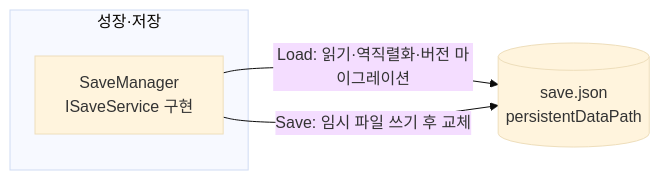
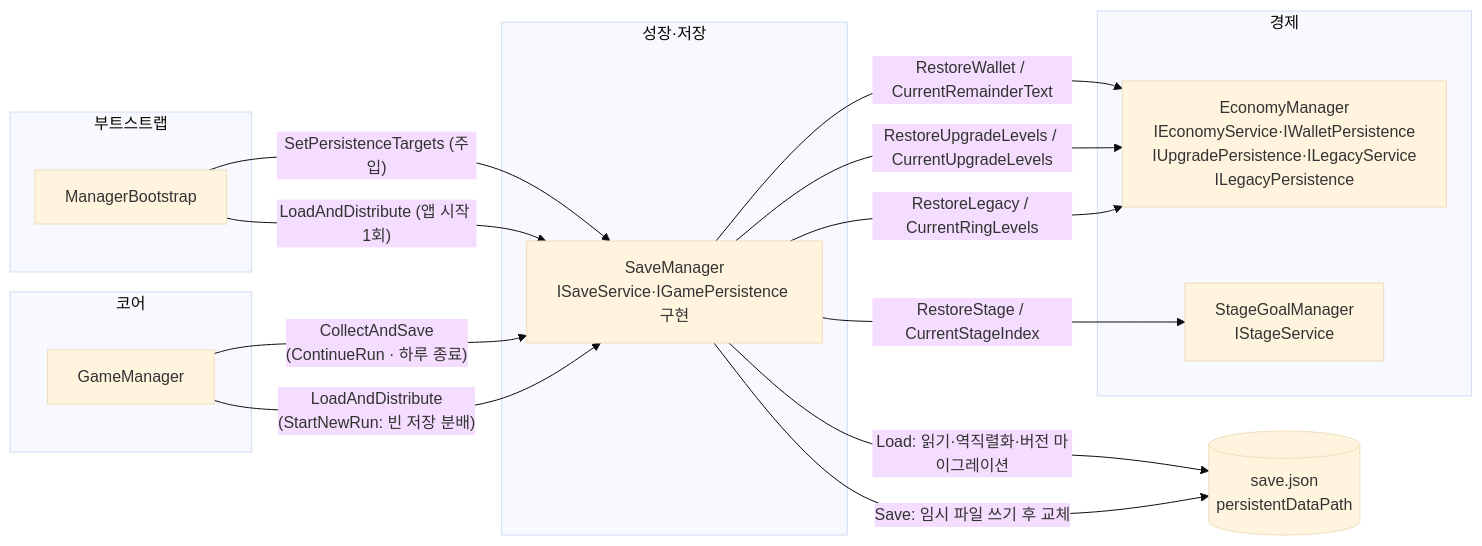
The diagram in docs/TECH_NOTES/save-load.md (KDNA-Gwangju-1/NCAIClicker), drawn with Mermaid (base theme) before and after one commit. The commit also changed other lines of this file and 7 other files, not shown here.

````diff
--- a/docs/TECH_NOTES/save-load.md
+++ b/docs/TECH_NOTES/save-load.md
@@ -26,11 +43,34 @@
 ```mermaid
 flowchart LR
-  subgraph Save["성장·저장"]
-    mgr["SaveManager<br/>ISaveService 구현"]
+  subgraph Boot["부트스트랩"]
+    boot["ManagerBootstrap"]
+  end
+
+  subgraph Core["코어"]
+    gm["GameManager"]
+  end
+
+  subgraph SaveMod["성장·저장"]
+    mgr["SaveManager<br/>ISaveService·IGamePersistence 구현"]
+  end
+
+  subgraph Economy["경제"]
+    econ["EconomyManager<br/>IEconomyService·IWalletPersistence<br/>IUpgradePersistence·ILegacyService<br/>ILegacyPersistence"]
+    stage["StageGoalManager<br/>IStageService"]
   end
 
   disk[("save.json<br/>persistentDataPath")]
 
+  boot -- "SetPersistenceTargets (주입)" --> mgr
+  boot -- "LoadAndDistribute (앱 시작 1회)" --> mgr
+  gm -- "CollectAndSave<br/>(ContinueRun · 하루 종료)" --> mgr
+  gm -- "LoadAndDistribute<br/>(StartNewRun: 빈 저장 분배)" --> mgr
+
   mgr -- "Load: 읽기·역직렬화·버전 마이그레이션" --> disk
   mgr -- "Save: 임시 파일 쓰기 후 교체" --> disk
+
+  mgr -- "RestoreWallet / CurrentRemainderText" --> econ
+  mgr -- "RestoreUpgradeLevels / CurrentUpgradeLevels" --> econ
+  mgr -- "RestoreLegacy / CurrentRingLevels" --> econ
+  mgr -- "RestoreStage / CurrentStageIndex" --> stage
 ```
````
